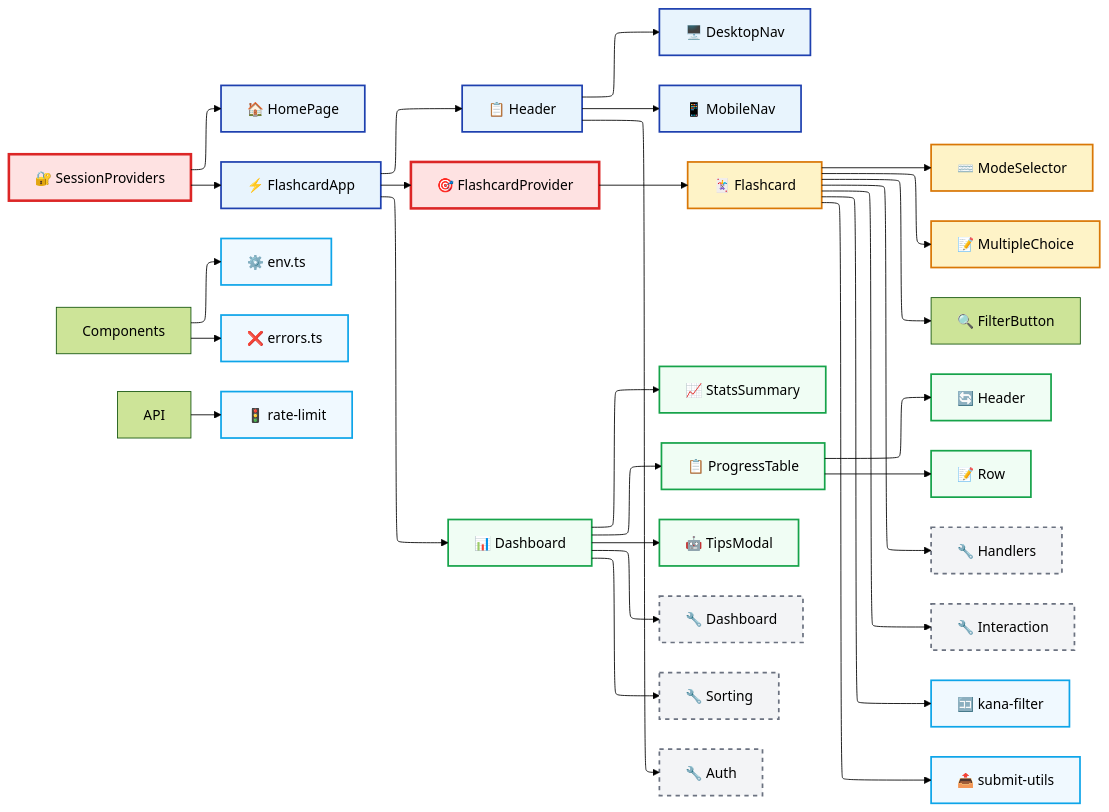
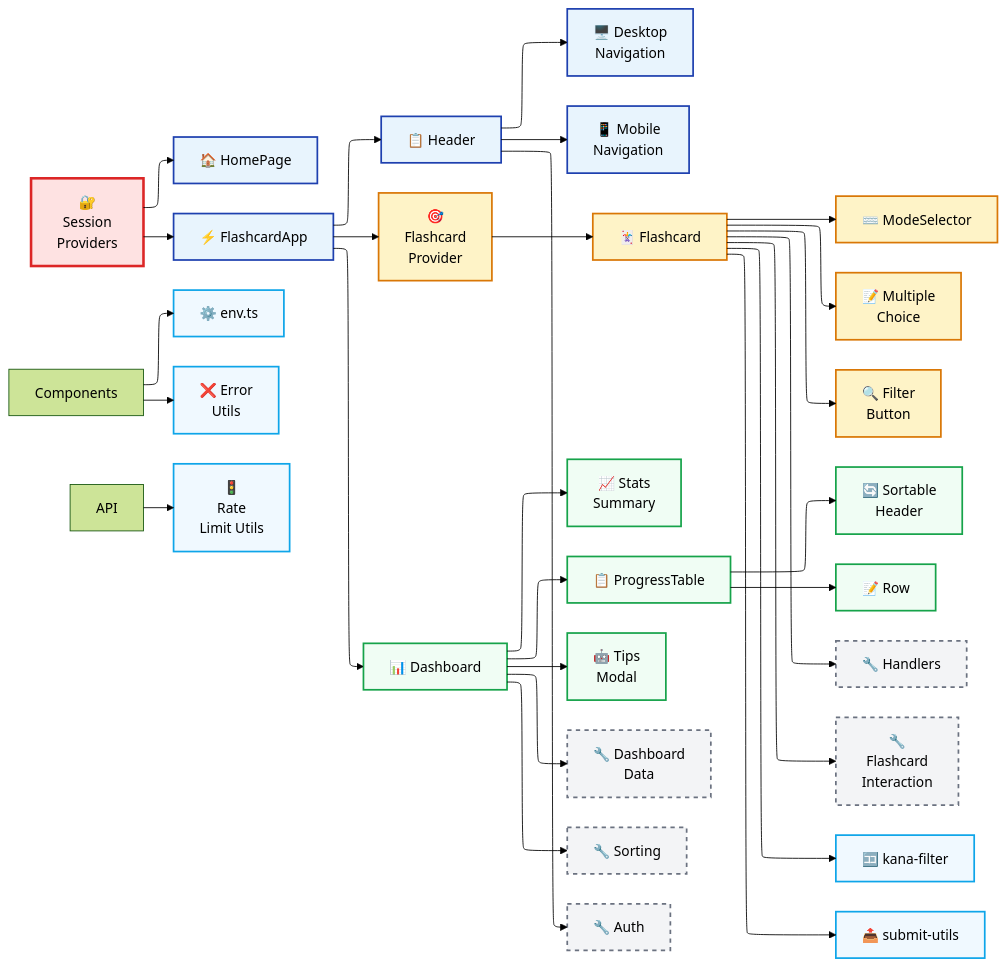
One commit to sakan811/SakuMari changed the diagram in docs/mermaid/component.mmd. Above: the diagram before and after it, drawn with Mermaid. The commit also changed 7 other files, not shown here.

Commit message:
Update documentation diagrams and package configuration

```diff
--- a/docs/mermaid/component.mmd
+++ b/docs/mermaid/component.mmd
@@ -1,56 +1,71 @@
 ---
 config:
   theme: 'forest'
   defaultRenderer: "elk"
   layout: elk
 ---
 flowchart LR
-    SessionProviders["🔐 SessionProviders"]
+    SessionProviders["🔐<br/>Session<br/>Providers"]
 
     SessionProviders --> HomePage["🏠 HomePage"]
     SessionProviders --> FlashcardApp["⚡ FlashcardApp"]
 
     FlashcardApp --> Header["📋 Header"]
-    FlashcardApp --> FlashcardProvider["🎯 FlashcardProvider"]
+    FlashcardApp --> FlashcardProvider["🎯<br/>Flashcard<br/>Provider"]
 
-    Header --> DesktopNavigation["🖥️ DesktopNav"]
-    Header --> MobileNavigation["📱 MobileNav"]
+    Header --> DesktopNavigation["🖥️ Desktop<br/>Navigation"]
+    Header --> MobileNavigation["📱 Mobile<br/>Navigation"]
 
     FlashcardProvider --> Flashcard["🃏 Flashcard"]
     Flashcard --> ModeSelector["⌨️ ModeSelector"]
-    Flashcard --> MultipleChoice["📝 MultipleChoice"]
-    Flashcard --> FilterButton["🔍 FilterButton"]
+    Flashcard --> MultipleChoice["📝 Multiple<br/>Choice"]
+    Flashcard --> FilterButton["🔍 Filter<br/>Button"]
 
     FlashcardApp --> Dashboard["📊 Dashboard"]
-    Dashboard --> StatsSummary["📈 StatsSummary"]
+    Dashboard --> StatsSummary["📈 Stats<br/>Summary"]
     Dashboard --> CharacterProgressTable["📋 ProgressTable"]
-    Dashboard --> TipsModal["🤖 TipsModal"]
+    Dashboard --> TipsModal["🤖 Tips<br/>Modal"]
 
-    CharacterProgressTable --> SortableHeader["🔄 Header"]
+    CharacterProgressTable --> SortableHeader["🔄 Sortable<br/>Header"]
     CharacterProgressTable --> TableRow["📝 Row"]
 
-    Dashboard --> useDashboardData["🔧 Dashboard"]
+    Dashboard --> useDashboardData["🔧 Dashboard<br/>Data"]
     Dashboard --> useSorting["🔧 Sorting"]
     Header --> useAuthStatus["🔧 Auth"]
     Flashcard --> useFlashcardHandlers["🔧 Handlers"]
-    Flashcard --> useFlashcardInteraction["🔧 Interaction"]
+    Flashcard --> useFlashcardInteraction["🔧<br/>Flashcard<br/>Interaction"]
 
     Components --> EnvUtils["⚙️ env.ts"]
-    Components --> ErrorUtils["❌ errors.ts"]
+    Components --> ErrorUtils["❌ Error<br/>Utils"]
     Flashcard --> KanaFilter["🈁 kana-filter"]
     Flashcard --> SubmitUtils["📤 submit-utils"]
-    API --> RateLimitUtils["🚦 rate-limit"]
+    API --> RateLimitUtils["🚦<br/>Rate<br/>Limit Utils"]
 
     classDef coreComponent fill:#e8f4fd,stroke:#1e40af,stroke-width:2px
     classDef practiceComponent fill:#fef3c7,stroke:#d97706,stroke-width:2px
     classDef dashboardComponent fill:#f0fdf4,stroke:#16a34a,stroke-width:2px
     classDef contextProvider fill:#fee2e2,stroke:#dc2626,stroke-width:3px
     classDef customHook fill:#f3f4f6,stroke:#6b7280,stroke-width:2px,stroke-dasharray: 5 5
     classDef utilityLib fill:#f0f9ff,stroke:#0ea5e9,stroke-width:2px
 
+    %% Individual node styles for problematic text
+    style SessionProviders fill:#fee2e2,stroke:#dc2626,stroke-width:3px,padding:15px
+    style FlashcardProvider fill:#fef3c7,stroke:#d97706,stroke-width:2px,padding:15px
+    style DesktopNavigation fill:#e8f4fd,stroke:#1e40af,stroke-width:2px,padding:12px
+    style MobileNavigation fill:#e8f4fd,stroke:#1e40af,stroke-width:2px,padding:12px
+    style MultipleChoice fill:#fef3c7,stroke:#d97706,stroke-width:2px,padding:12px
+    style FilterButton fill:#fef3c7,stroke:#d97706,stroke-width:2px,padding:12px
+    style StatsSummary fill:#f0fdf4,stroke:#16a34a,stroke-width:2px,padding:12px
+    style TipsModal fill:#f0fdf4,stroke:#16a34a,stroke-width:2px,padding:12px
+    style SortableHeader fill:#f0fdf4,stroke:#16a34a,stroke-width:2px,padding:12px
+    style useDashboardData fill:#f3f4f6,stroke:#6b7280,stroke-width:2px,padding:12px
+    style useFlashcardInteraction fill:#f3f4f6,stroke:#6b7280,stroke-width:2px,padding:12px
+    style ErrorUtils fill:#f0f9ff,stroke:#0ea5e9,stroke-width:2px,padding:12px
+    style RateLimitUtils fill:#f0f9ff,stroke:#0ea5e9,stroke-width:2px,padding:12px
+
     class SessionProviders,HomePage,FlashcardApp,Header,DesktopNavigation,MobileNavigation coreComponent
     class Flashcard,ModeSelector,MultipleChoice,FlashcardProvider practiceComponent
     class Dashboard,StatsSummary,CharacterProgressTable,SortableHeader,TableRow,TipsModal dashboardComponent
     class FlashcardProvider,SessionProviders contextProvider
     class useDashboardData,useSorting,useAuthStatus,useFlashcardHandlers,useFlashcardInteraction customHook
     class EnvUtils,ErrorUtils,KanaFilter,SubmitUtils,RateLimitUtils utilityLib
```
